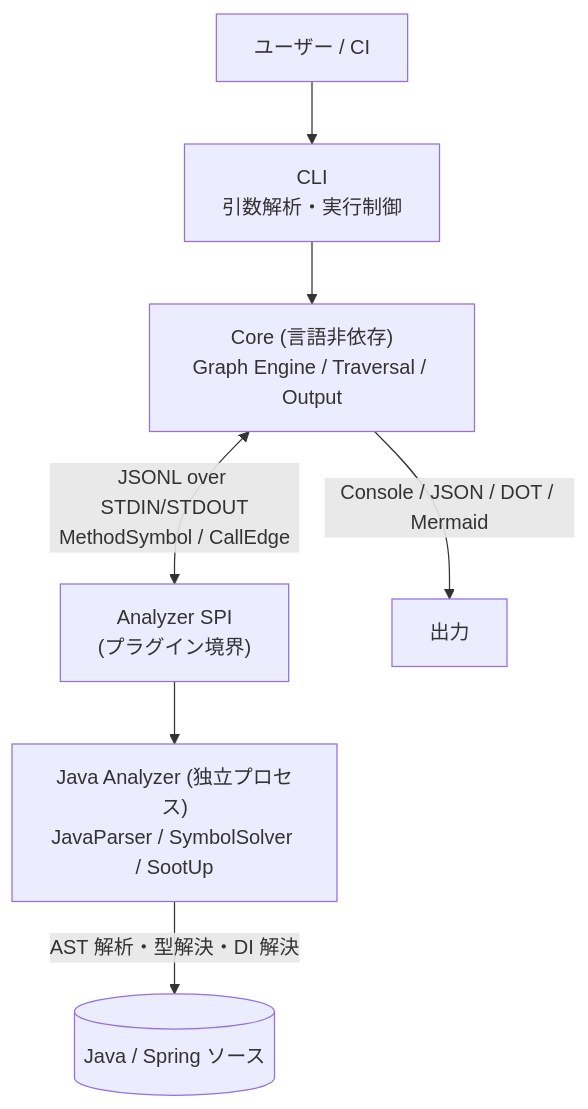
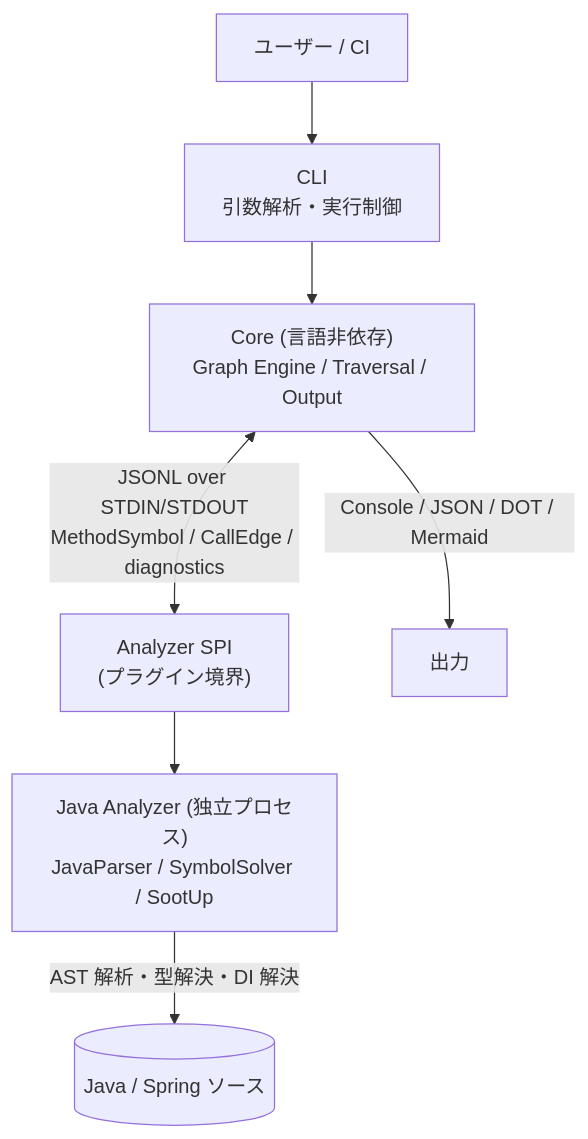
Before and after one commit to Fukuemon/depwalk: the second of 3 diagrams in design/DesignDoc.md, drawn with Mermaid. The commit also changed other lines of this file and 2 other files, not shown here.

First line of the commit message:
docs(spec): analyzer protocol の論点を確定 #8

````diff
--- a/design/DesignDoc.md
+++ b/design/DesignDoc.md
@@ -118,9 +118,9 @@
 ```mermaid
 flowchart TD
     user["ユーザー / CI"] --> cli["CLI<br/>引数解析・実行制御"]
     cli --> core["Core (言語非依存)<br/>Graph Engine / Traversal / Output"]
-    core <-->|"JSONL over STDIN/STDOUT<br/>MethodSymbol / CallEdge"| spi["Analyzer SPI<br/>(プラグイン境界)"]
+    core <-->|"JSONL over STDIN/STDOUT<br/>MethodSymbol / CallEdge / diagnostics"| spi["Analyzer SPI<br/>(プラグイン境界)"]
     spi --> ja["Java Analyzer (独立プロセス)<br/>JavaParser / SymbolSolver / SootUp"]
     ja -->|"AST 解析・型解決・DI 解決"| src[("Java / Spring ソース")]
     core -->|"Console / JSON / DOT / Mermaid"| out["出力"]
 ```
````
